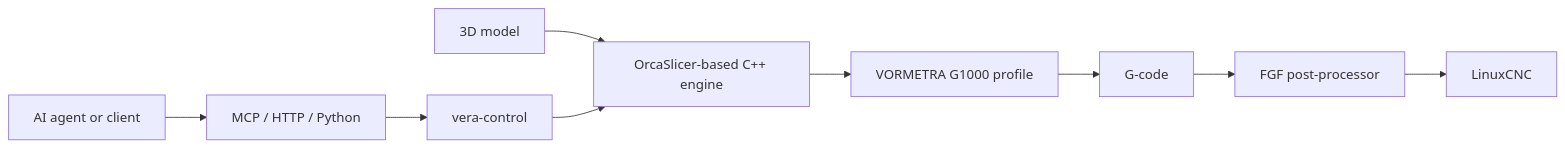
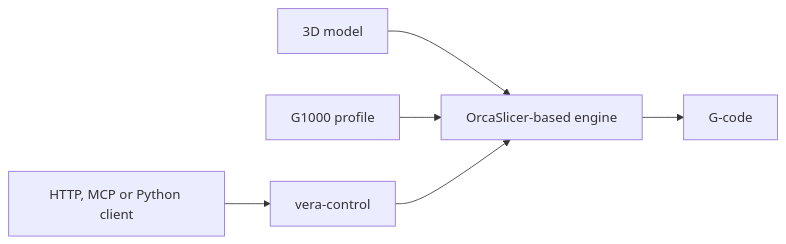
One commit to mehmeterendereli/mehmeterendereli changed the first of 2 diagrams in README.md. Above: the diagram before and after it, drawn with Mermaid. The commit also changed other lines of this file and 3 other files, not shown here.

````diff
--- a/README.md
+++ b/README.md
@@ -21,12 +19,8 @@
 ```mermaid
 flowchart LR
-    MODEL[3D model] --> ENGINE[OrcaSlicer-based C++ engine]
-    ENGINE --> PROFILE[VORMETRA G1000 profile]
-    PROFILE --> GCODE[G-code]
-    GCODE --> POST[FGF post-processor]
-    POST --> CNC[LinuxCNC]
-
-    CLIENT[AI agent or client] --> INTERFACE[MCP / HTTP / Python]
-    INTERFACE --> CONTROL[vera-control]
+    MODEL[3D model] --> ENGINE[OrcaSlicer-based engine]
+    PROFILE[G1000 profile] --> ENGINE
+    ENGINE --> GCODE[G-code]
+    CLIENT[HTTP, MCP or Python client] --> CONTROL[vera-control]
     CONTROL --> ENGINE
 ```
````
